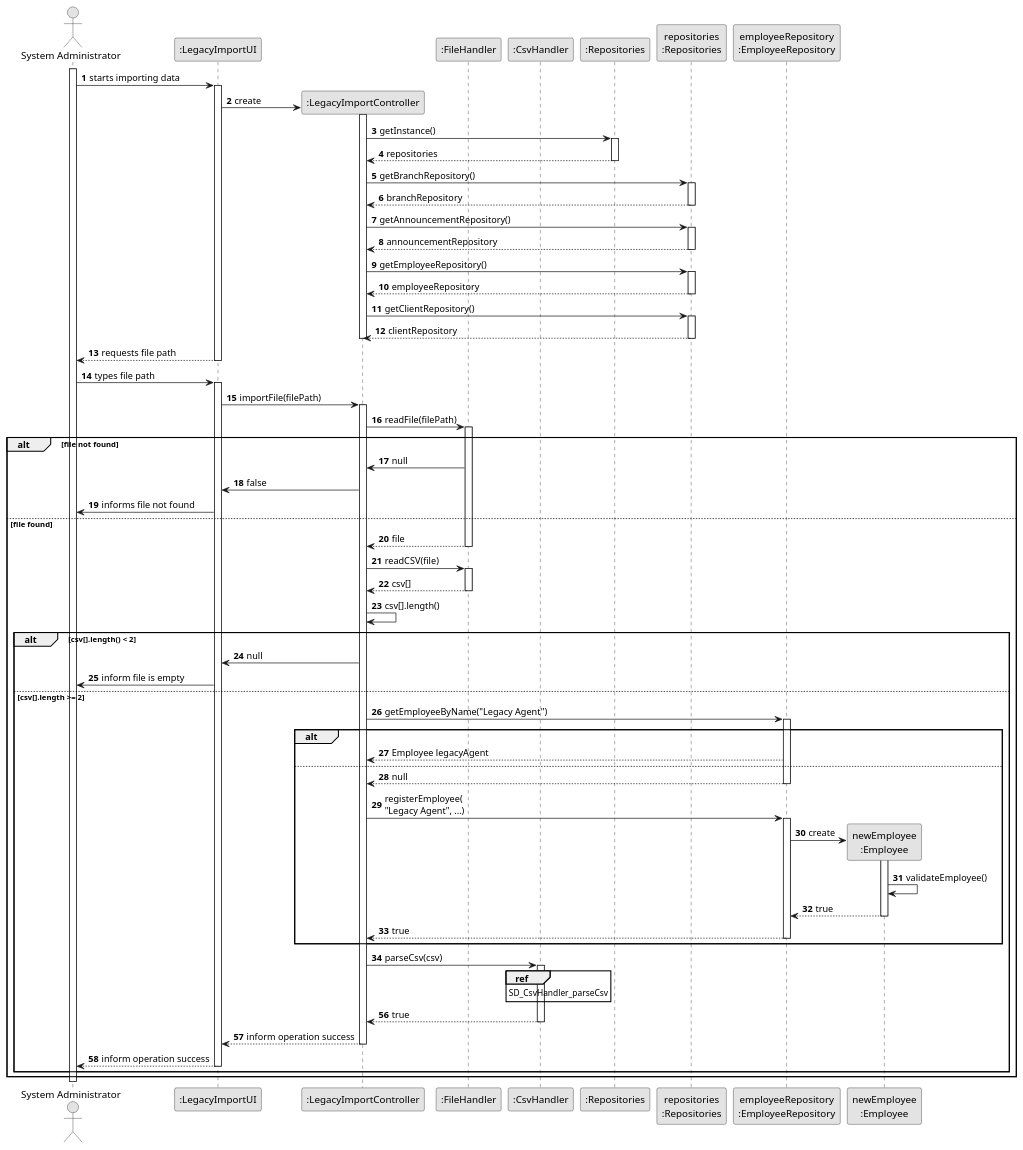
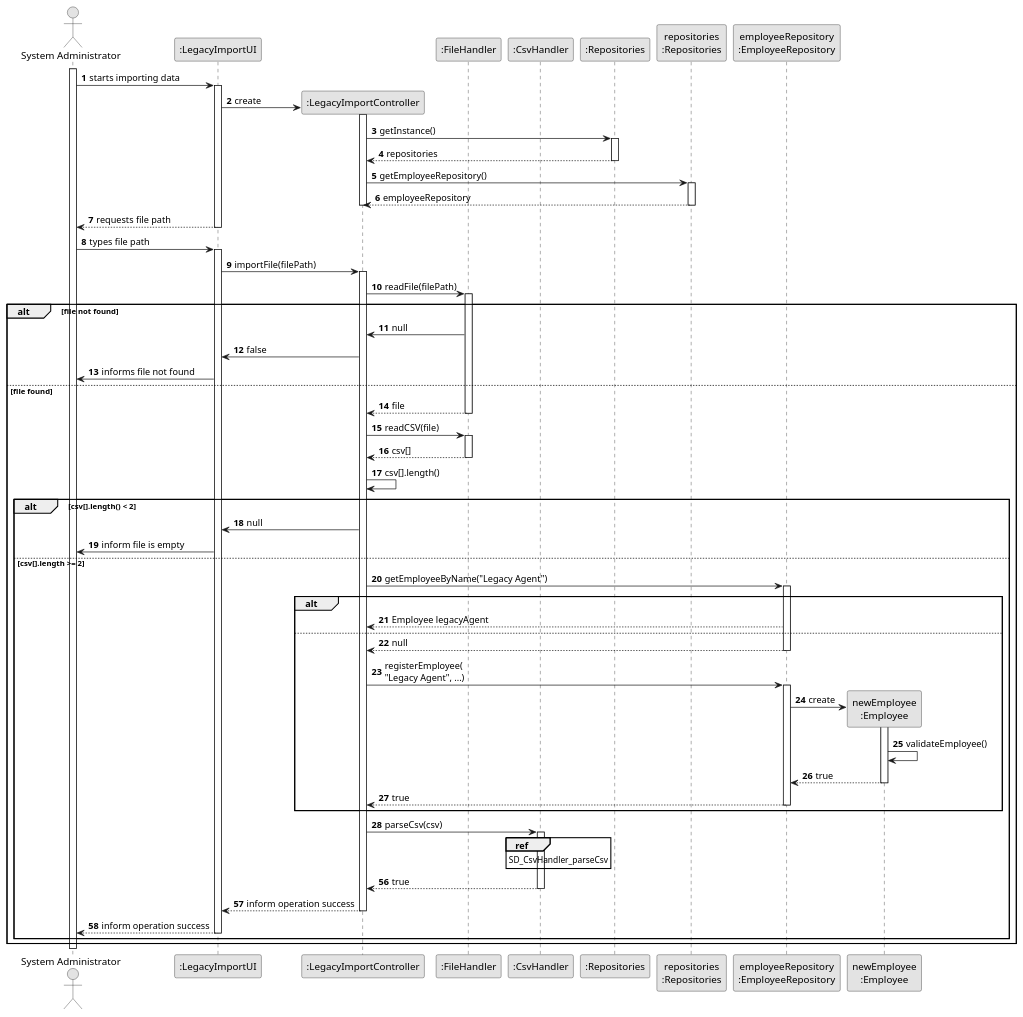
The diagram in docs/sprintD/US012/03.design/puml/us012-sequence-diagram.puml (tiagohcorreia/LAPR2), drawn with PlantUML before and after one commit.

Commit message:
US12 - Design

```diff
--- a/docs/sprintD/US012/03.design/puml/us012-sequence-diagram.puml
+++ b/docs/sprintD/US012/03.design/puml/us012-sequence-diagram.puml
@@ -1,117 +1,117 @@
 @startuml
 'https://plantuml.com/sequence-diagram
 
 skinparam monochrome true
 skinparam shadowing false
 autonumber
 
 actor "System Administrator" as sa
 participant ":LegacyImportUI" as ui
 participant ":LegacyImportController" as ctrl
 participant ":FileHandler" as fh
 participant ":CsvHandler" as ch
 
 participant ":Repositories" as repos
 participant "repositories\n:Repositories" as repositories
 'participant "announcementRepository\n:AnnouncementRepository" as AnnR
 participant "employeeRepository\n:EmployeeRepository" as EmpR
 'participant "clientRepository\n:ClientRepository" as CliR
 'participant "branchRepository\n:BranchRepository" as BraR
 participant "newEmployee\n:Employee" as Emp
 'participant ":Announcement" as Ann
 'participant ":Property" as Pro
 
 activate sa
 sa -> ui: starts importing data
 activate ui
 ui -> ctrl**: create
 activate ctrl
 ctrl -> repos: getInstance()
 activate repos
 return repositories
 
-ctrl -> repositories: getBranchRepository()
-activate repositories
-return branchRepository
+'ctrl -> repositories: getBranchRepository()
+'activate repositories
+'return branchRepository
 
-ctrl -> repositories: getAnnouncementRepository()
-activate repositories
-return announcementRepository
+'ctrl -> repositories: getAnnouncementRepository()
+'activate repositories
+'return announcementRepository
 
 ctrl -> repositories: getEmployeeRepository()
 activate repositories
 return employeeRepository
 
 
-ctrl -> repositories: getClientRepository()
-activate repositories
-return clientRepository
+''ctrl -> repositories: getClientRepository()
+'activate repositories
+'return clientRepository
 deactivate ctrl
 
 return requests file path
 
 sa -> ui: types file path
 activate ui
 
 ui -> ctrl: importFile(filePath)
 activate ctrl
 'ctrl -> fh**: create
 ctrl -> fh: readFile(filePath)
 activate fh
 alt file not found
 fh -> ctrl: null
 ctrl -> ui: false
 ui -> sa: informs file not found
 else file found
     return file
 ctrl -> fh: readCSV(file)
 activate fh
 return csv[]
 
 ctrl -> ctrl: csv[].length()
 'activate ctrl
 alt csv[].length() < 2
 ctrl -> ui: null
 ui -> sa: inform file is empty
 else csv[].length >= 2
 
 ctrl -> EmpR: getEmployeeByName("Legacy Agent")
 activate EmpR
 alt
     EmpR --> ctrl: Employee legacyAgent
 else
     return null
     ctrl -> EmpR: registerEmployee(\n"Legacy Agent", ...)
     activate EmpR
     EmpR -> Emp**: create
     activate Emp
     Emp -> Emp: validateEmployee()
     return true
     return true
 end
 
 
 ctrl -> ch: parseCsv(csv)
 activate ch
 ref over ch: SD_CsvHandler_parseCsv
 autonumber 56
 return true
 return inform operation success
 return inform operation success
 end
 end
 
 
 
 'alt
 '    ui --> sa: informs operation success
 'else
 '    ui --> sa: inform no CSV file found
 'else
 '    return inform file is empty
 '
 'end
 
 deactivate sa
 
 @enduml
```
